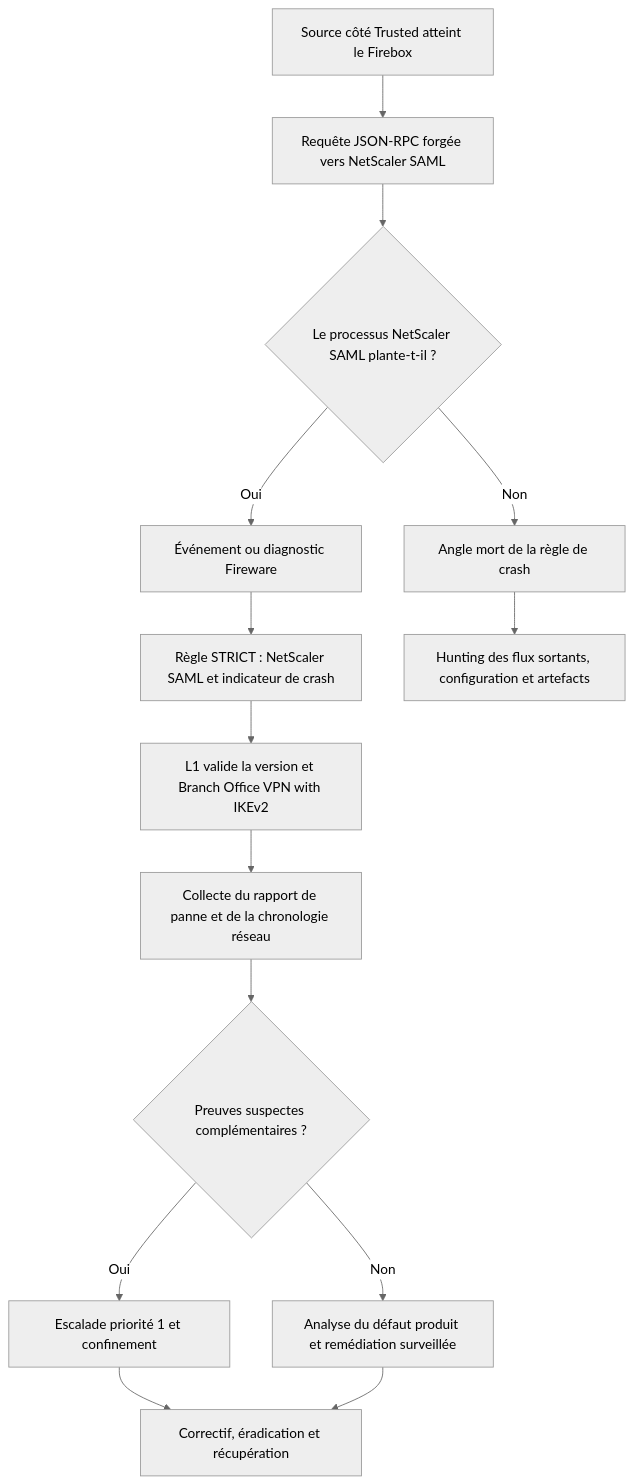
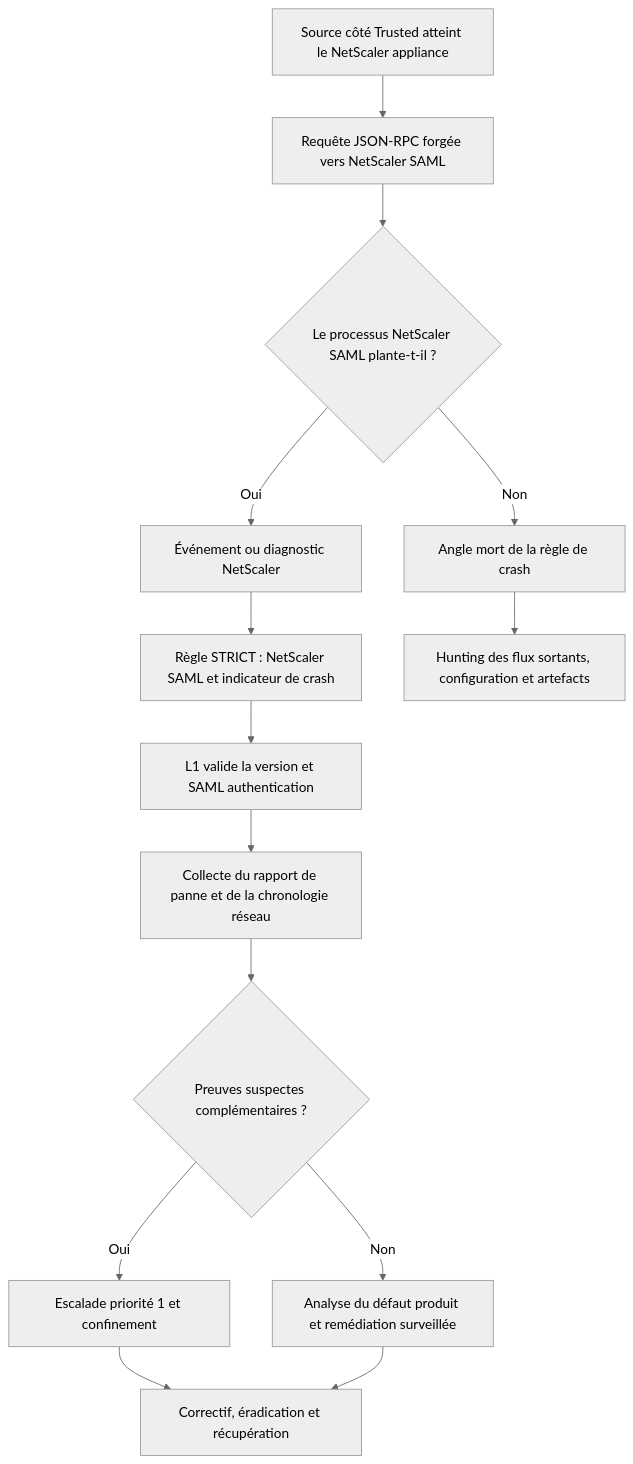
One commit to Hatchepsoute/sigma-rules changed the diagram in CVE-2026-8452_Citrix_NetScaler_SAML_Heap_Overflow/diagrams/DIAGRAM_CVE_2026_8452_FR.mmd. Above: the diagram before and after it, drawn with Mermaid (neutral theme). The commit also changed 5 other files, not shown here.

Commit message:
Align NetScaler playbook and diagrams after rule reduction

```diff
--- a/CVE-2026-8452_Citrix_NetScaler_SAML_Heap_Overflow/diagrams/DIAGRAM_CVE_2026_8452_FR.mmd
+++ b/CVE-2026-8452_Citrix_NetScaler_SAML_Heap_Overflow/diagrams/DIAGRAM_CVE_2026_8452_FR.mmd
@@ -1,14 +1,14 @@
 flowchart TD
-    A[Source côté Trusted atteint le Firebox] --> B[Requête JSON-RPC forgée vers NetScaler SAML]
+    A[Source côté Trusted atteint le NetScaler appliance] --> B[Requête JSON-RPC forgée vers NetScaler SAML]
     B --> C{Le processus NetScaler SAML plante-t-il ?}
-    C -->|Oui| D[Événement ou diagnostic Fireware]
+    C -->|Oui| D[Événement ou diagnostic NetScaler]
     D --> E[Règle STRICT : NetScaler SAML et indicateur de crash]
-    E --> F[L1 valide la version et Branch Office VPN with IKEv2]
+    E --> F[L1 valide la version et SAML authentication]
     F --> G[Collecte du rapport de panne et de la chronologie réseau]
     G --> H{Preuves suspectes complémentaires ?}
     H -->|Oui| I[Escalade priorité 1 et confinement]
     H -->|Non| J[Analyse du défaut produit et remédiation surveillée]
     C -->|Non| K[Angle mort de la règle de crash]
     K --> L[Hunting des flux sortants, configuration et artefacts]
     I --> M[Correctif, éradication et récupération]
     J --> M
```
